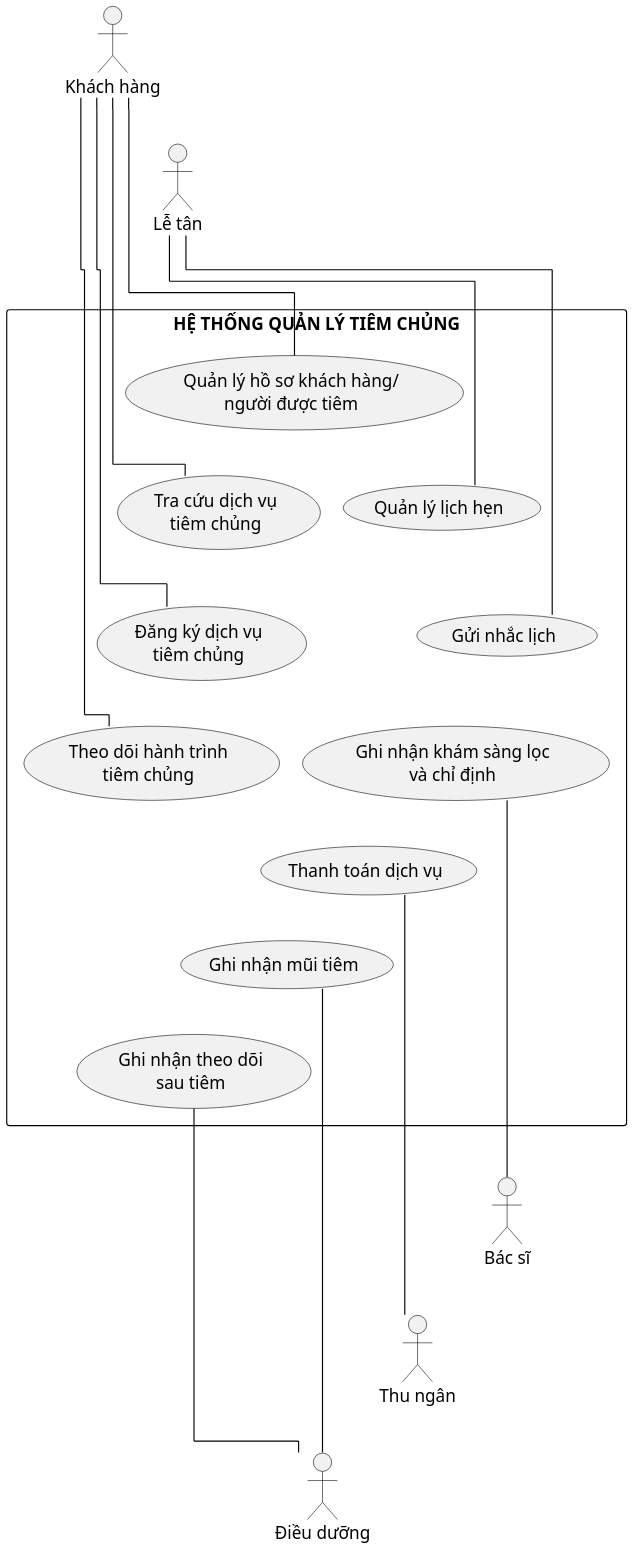
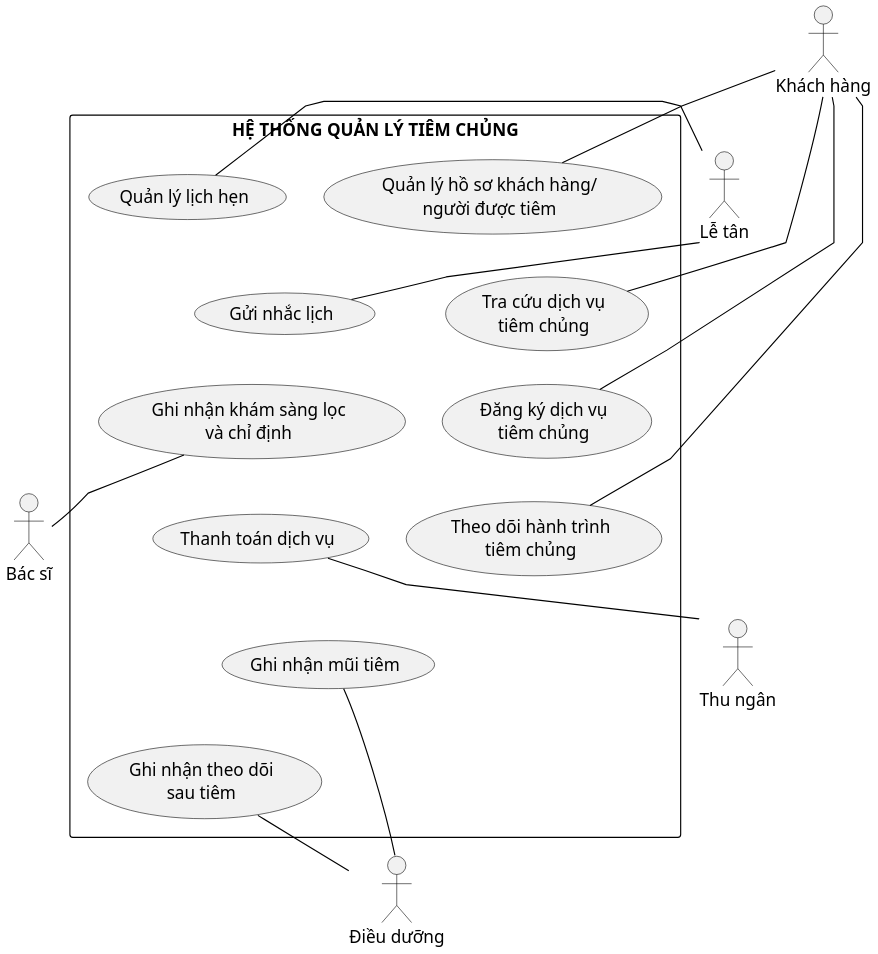
The diagram in docs/thesis/uml/Hinh_2_9_System_Use_Case_Tong_Quan.puml (datngo1203/KLCN-QuanLyTiemChung), drawn with PlantUML before and after one commit.

Commit message:
docs(thesis): anchor Hinh 2.9 actors near UC clusters

```diff
--- a/docs/thesis/uml/Hinh_2_9_System_Use_Case_Tong_Quan.puml
+++ b/docs/thesis/uml/Hinh_2_9_System_Use_Case_Tong_Quan.puml
@@ -1,78 +1,80 @@
 @startuml
-!pragma layout elk
 ' THESIS-R1 — Hình 2.9 System Use Case summary
-' One visible symbol per actor. Graphviz polyline routing, no directional association hints.
+' One visible symbol per actor. Actors are layout-anchored close to their UC cluster.
 skinparam monochrome true
 skinparam shadowing false
 skinparam backgroundColor white
 skinparam defaultFontName "Times New Roman"
 skinparam defaultFontSize 15
 skinparam ArrowColor black
 skinparam ActorBorderColor black
 skinparam UsecaseBorderColor black
 skinparam RectangleBorderColor black
-skinparam linetype ortho
-skinparam nodesep 28
+skinparam linetype polyline
+skinparam nodesep 32
 skinparam ranksep 30
 skinparam dpi 180
 
-left to right direction
+top to bottom direction
 
 actor "Khách hàng" as Customer
-actor "Lễ tân" as Reception
-Customer -[hidden]down- Reception
 
 rectangle "HỆ THỐNG QUẢN LÝ TIÊM CHỦNG" as SystemBoundary {
   usecase "Quản lý hồ sơ khách hàng/\nngười được tiêm" as UC09
   usecase "Quản lý lịch hẹn" as UC12
 
   usecase "Tra cứu dịch vụ\ntiêm chủng" as UC10
   usecase "Gửi nhắc lịch" as UC13
 
   usecase "Đăng ký dịch vụ\ntiêm chủng" as UC11
   usecase "Ghi nhận khám sàng lọc\nvà chỉ định" as UC15
 
   usecase "Theo dõi hành trình\ntiêm chủng" as UC19
   usecase "Thanh toán dịch vụ" as UC16
 
   usecase "Ghi nhận mũi tiêm" as UC17
   usecase "Ghi nhận theo dõi\nsau tiêm" as UC18
 
-  ' Two-column semantic-free layout constraints.
+  ' Two-column layout.
   UC09 -[hidden]down- UC10
   UC10 -[hidden]down- UC11
   UC11 -[hidden]down- UC19
 
   UC12 -[hidden]down- UC13
   UC13 -[hidden]down- UC15
   UC15 -[hidden]down- UC16
   UC16 -[hidden]down- UC17
   UC17 -[hidden]down- UC18
 
   UC09 -[hidden]right- UC12
   UC10 -[hidden]right- UC13
   UC11 -[hidden]right- UC15
   UC19 -[hidden]right- UC16
 }
 
+actor "Lễ tân" as Reception
 actor "Bác sĩ" as Doctor
 actor "Thu ngân" as Cashier
 actor "Điều dưỡng" as Nurse
-Doctor -[hidden]down- Cashier
-Cashier -[hidden]down- Nurse
+
+' Layout anchors only: keep each actor close to its cluster.
+Customer -[hidden]right- UC10
+UC13 -[hidden]right- Reception
+UC15 -[hidden]right- Doctor
+UC16 -[hidden]right- Cashier
+UC17 -[hidden]right- Nurse
 
 ' Primary/representative actor associations only.
 Customer -- UC09
 Customer -- UC10
 Customer -- UC11
 Customer -- UC19
 
 Reception -- UC12
 Reception -- UC13
-
 UC15 -- Doctor
 UC16 -- Cashier
 UC17 -- Nurse
 UC18 -- Nurse
 
 @enduml
```
